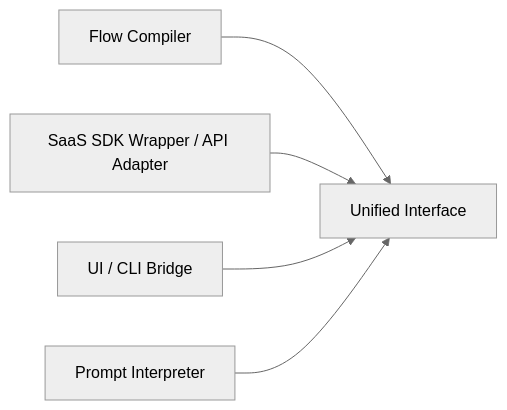
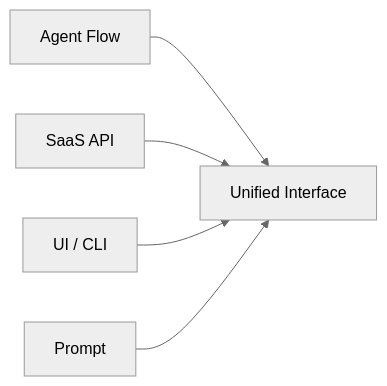
Before and after one commit to CharmAIOS/CharmOS: the second of 3 diagrams in README.md, drawn with Mermaid (neutral theme). The commit also changed other lines of this file, not shown here.

````diff
--- a/README.md
+++ b/README.md
@@ -36,14 +36,14 @@
 ```mermaid
 flowchart LR
     UI[Unified Interface]
 
-    PL1[Flow Compiler]
-    PL2[SaaS SDK Wrapper / API Adapter]
-    PL3[UI / CLI Bridge]
-    PL4[Prompt Interpreter]
+    PL1[Agent Flow]
+    PL2[SaaS API]
+    PL3[UI / CLI]
+    PL4[Prompt]
 
     PL1 --> UI
     PL2 --> UI
     PL3 --> UI
     PL4 --> UI
 ```
````
